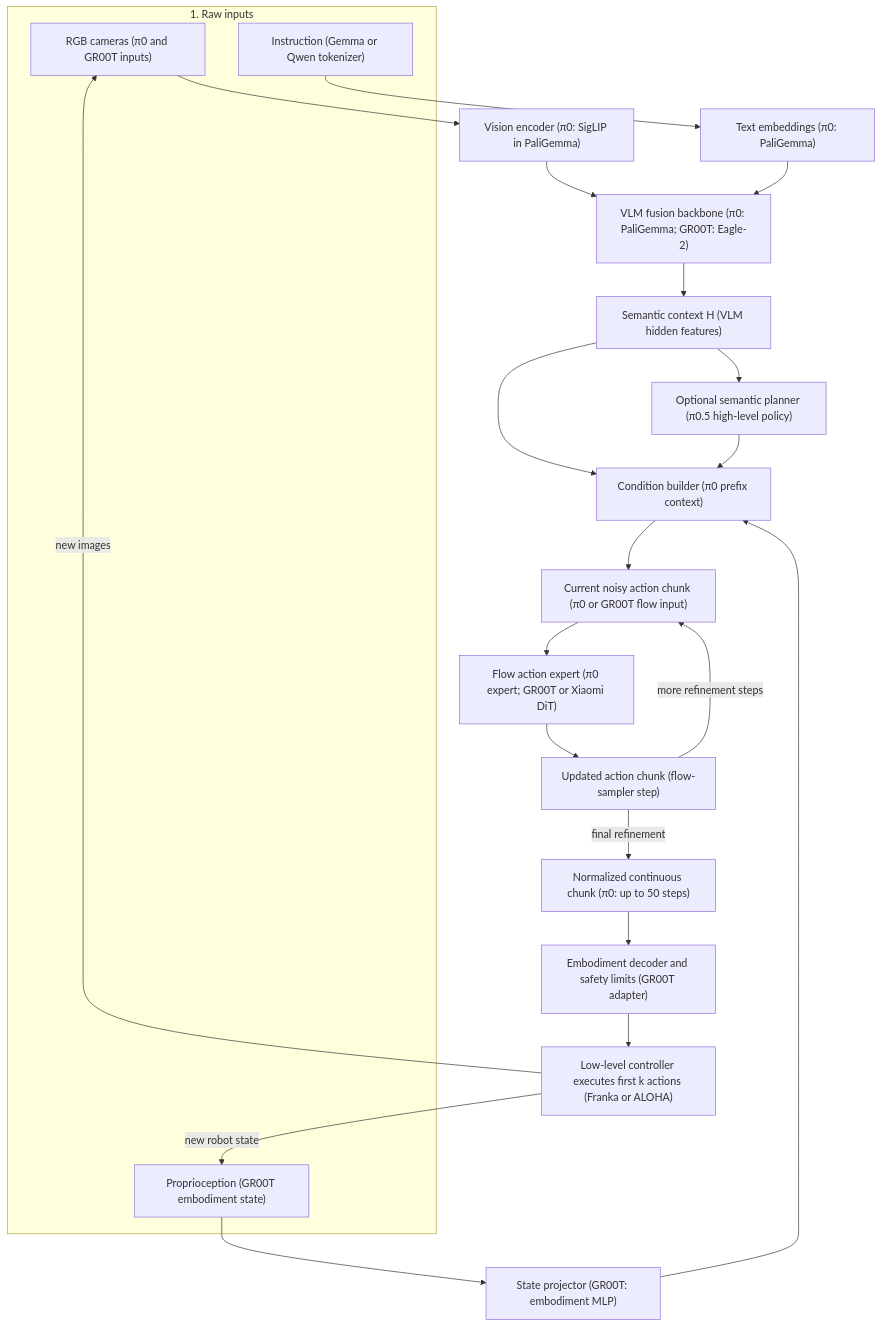
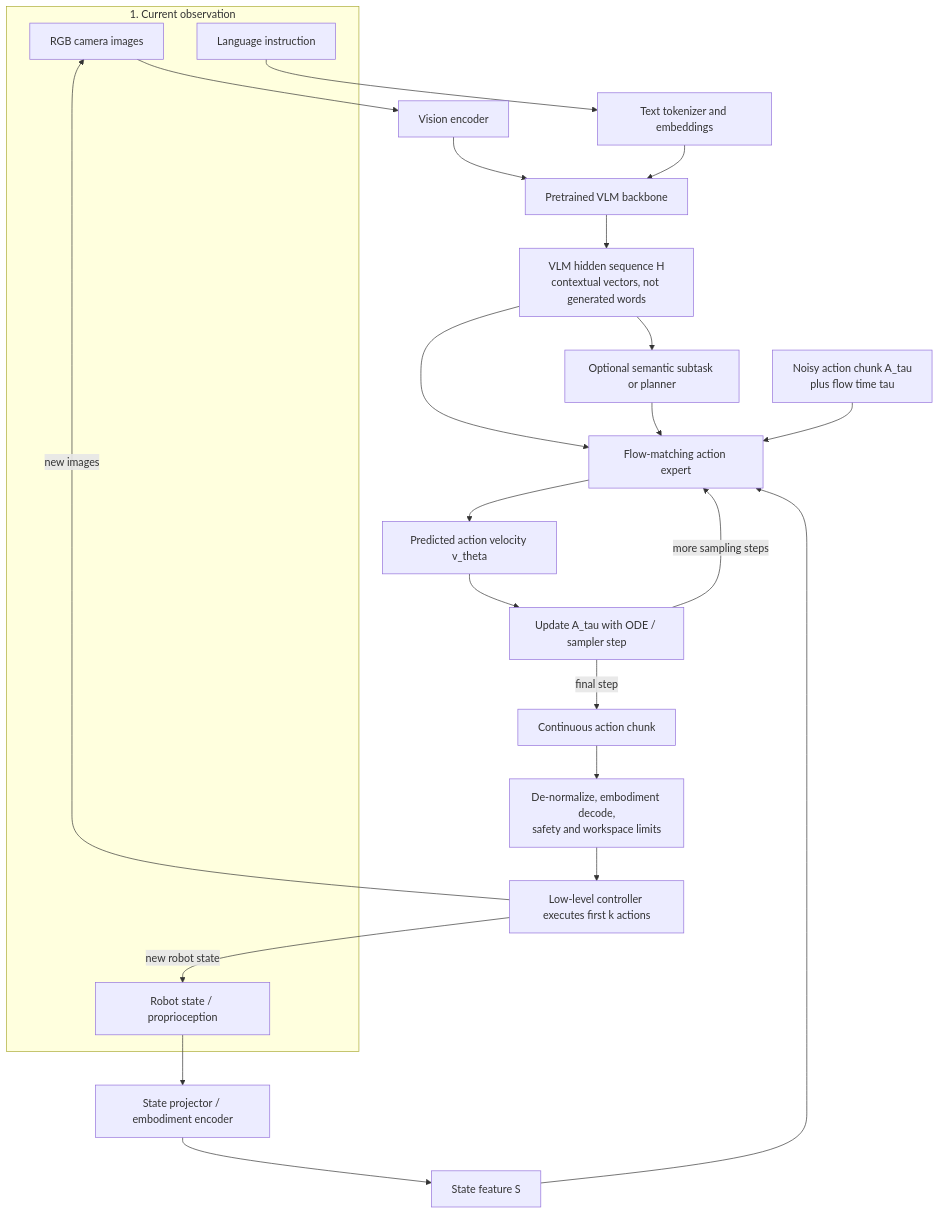
The diagram in docs/research_finding/module_details/VLAs/VLA_pipeline.md (cycler04/VinRobotics-VLA), drawn with Mermaid before and after one commit. The commit also changed other lines of this file and 12 other files, not shown here.

Commit message:
Go deeper to each VLA module, make clear about QwenVLA and other QwenRobot model.

````diff
--- a/docs/research_finding/module_details/VLAs/VLA_pipeline.md
+++ b/docs/research_finding/module_details/VLAs/VLA_pipeline.md
@@ -16,31 +22,34 @@
 ```mermaid
 flowchart TD
-    subgraph R["1. Raw inputs"]
-        A1["RGB cameras (π0 and GR00T inputs)"]
-        A2["Instruction (Gemma or Qwen tokenizer)"]
-        A3["Proprioception (GR00T embodiment state)"]
+    subgraph RAW["1. Current observation"]
+        IMG["RGB camera images"]
+        TXT["Language instruction"]
+        STATE["Robot state / proprioception"]
     end
 
-    A1 --> B1["Vision encoder (π0: SigLIP in PaliGemma)"]
-    A2 --> B2["Text embeddings (π0: PaliGemma)"]
-    B1 --> C["VLM fusion backbone (π0: PaliGemma; GR00T: Eagle-2)"]
-    B2 --> C
-    C --> D["Semantic context H (VLM hidden features)"]
+    IMG --> VENC["Vision encoder"]
+    TXT --> TEMB["Text tokenizer and embeddings"]
+    VENC --> VLM["Pretrained VLM backbone"]
+    TEMB --> VLM
 
-    D --> E["Optional semantic planner (π0.5 high-level policy)"]
-    D --> G["Condition builder (π0 prefix context)"]
-    E --> G
-    A3 --> F["State projector (GR00T: embodiment MLP)"]
-    F --> G
+    VLM --> HCTX["VLM hidden sequence H<br/>contextual vectors, not generated words"]
 
-    G --> H["Current noisy action chunk (π0 or GR00T flow input)"]
-    H --> I["Flow action expert (π0 expert; GR00T or Xiaomi DiT)"]
-    I --> J["Updated action chunk (flow-sampler step)"]
-    J -->|"more refinement steps"| H
-    J -->|"final refinement"| K["Normalized continuous chunk (π0: up to 50 steps)"]
+    STATE --> SPROJ["State projector / embodiment encoder"]
+    SPROJ --> SCTX["State feature S"]
 
-    K --> L["Embodiment decoder and safety limits (GR00T adapter)"]
-    L --> M["Low-level controller executes first k actions (Franka or ALOHA)"]
-    M -->|"new images"| A1
-    M -->|"new robot state"| A3
+    HCTX --> PLAN["Optional semantic subtask or planner"]
+    HCTX --> EXPERT["Flow-matching action expert"]
+    PLAN --> EXPERT
+    SCTX --> EXPERT
+    NOISE["Noisy action chunk A_tau<br/>plus flow time tau"] --> EXPERT
+
+    EXPERT --> VEL["Predicted action velocity v_theta"]
+    VEL --> UPDATE["Update A_tau with ODE / sampler step"]
+    UPDATE -->|"more sampling steps"| EXPERT
+    UPDATE -->|"final step"| ACT["Continuous action chunk"]
+
+    ACT --> DECODE["De-normalize, embodiment decode,<br/>safety and workspace limits"]
+    DECODE --> CTRL["Low-level controller executes first k actions"]
+    CTRL -->|"new images"| IMG
+    CTRL -->|"new robot state"| STATE
 ```
````
